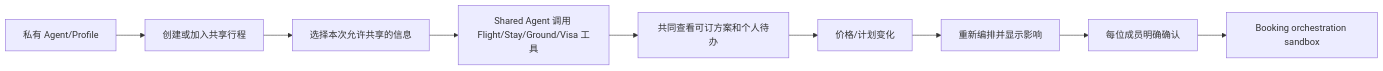
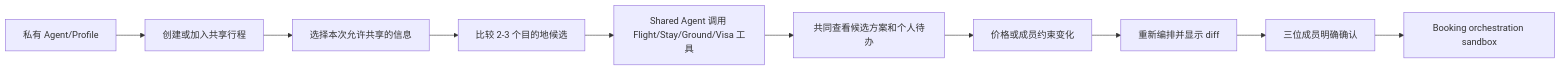
Before and after one commit to KuGua/wanderly-ai-travel-agent: the diagram in docs/PRD.md, drawn with Mermaid. The commit also changed other lines of this file and 4 other files, not shown here.

````diff
--- a/docs/PRD.md
+++ b/docs/PRD.md
@@ -40,11 +40,12 @@
 ```mermaid
 flowchart LR
   A[私有 Agent/Profile] --> B[创建或加入共享行程]
   B --> C[选择本次允许共享的信息]
-  C --> D[Shared Agent 调用 Flight/Stay/Ground/Visa 工具]
-  D --> E[共同查看可订方案和个人待办]
-  E --> F[价格/计划变化]
-  F --> G[重新编排并显示影响]
-  G --> H[每位成员明确确认]
-  H --> I[Booking orchestration sandbox]
+  C --> D[比较 2-3 个目的地候选]
+  D --> E[Shared Agent 调用 Flight/Stay/Ground/Visa 工具]
+  E --> F[共同查看候选方案和个人待办]
+  F --> G[价格或成员约束变化]
+  G --> H[重新编排并显示 diff]
+  H --> I[三位成员明确确认]
+  I --> J[Booking orchestration sandbox]
 ```
````
